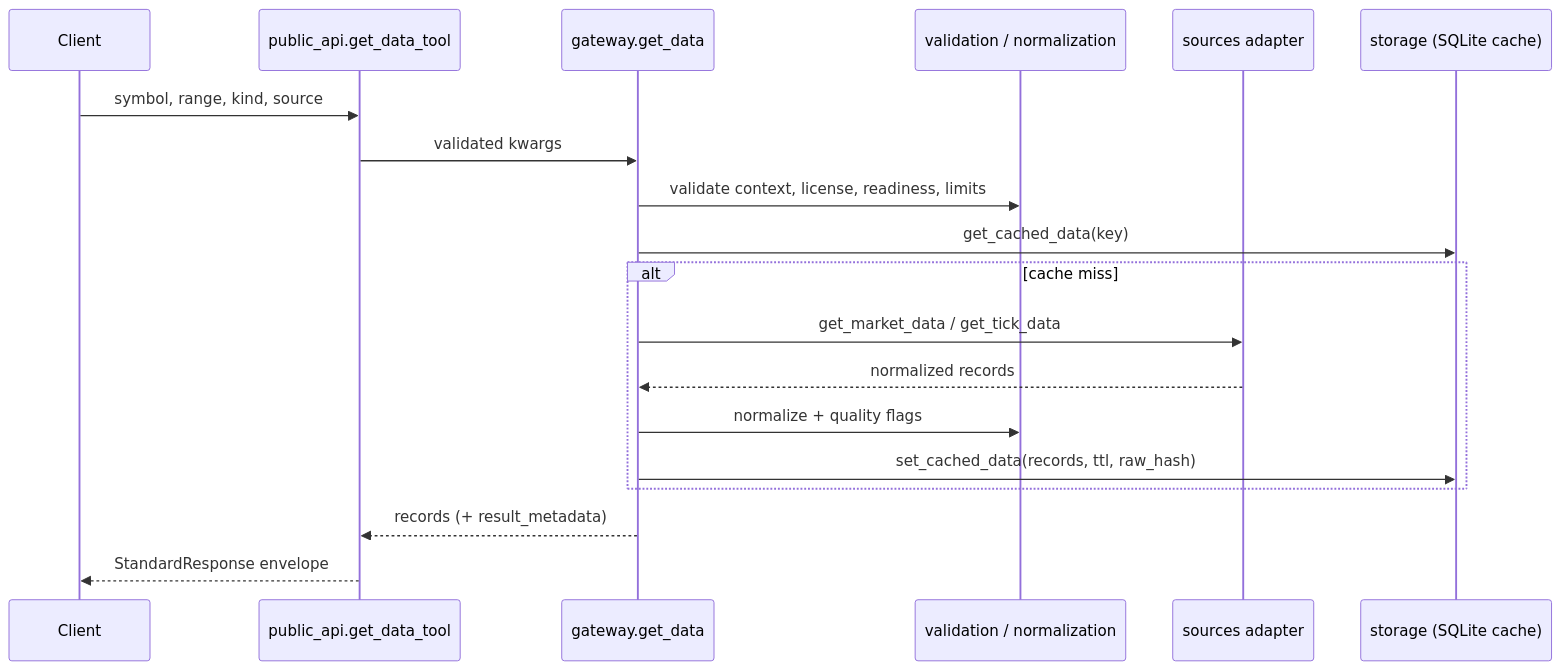
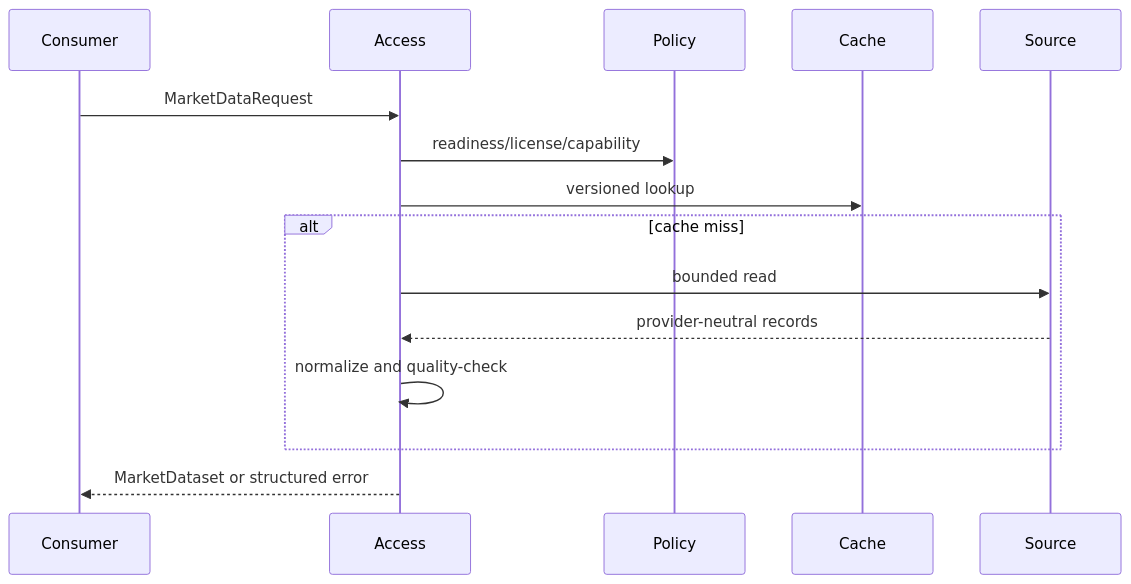
One commit to haruperi/HaruQuantAI changed the third of 3 diagrams in app/services/data/README.md. Above: the diagram before and after it, drawn with Mermaid. The commit also changed other lines of this file and 83 other files, not shown here.

````diff
--- a/app/services/data/README.md
+++ b/app/services/data/README.md
@@ -436,22 +389,17 @@
 ```mermaid
 sequenceDiagram
-    participant Client
-    participant API as public_api.get_data_tool
-    participant Service as gateway.get_data
-    participant Domain as validation / normalization
-    participant Port as sources adapter
-    participant Store as storage (SQLite cache)
-
-    Client->>API: symbol, range, kind, source
-    API->>Service: validated kwargs
-    Service->>Domain: validate context, license, readiness, limits
-    Service->>Store: get_cached_data(key)
+    participant Consumer
+    participant Access
+    participant Policy
+    participant Cache
+    participant Source
+    Consumer->>Access: MarketDataRequest
+    Access->>Policy: readiness/license/capability
+    Access->>Cache: versioned lookup
     alt cache miss
-        Service->>Port: get_market_data / get_tick_data
-        Port-->>Service: normalized records
-        Service->>Domain: normalize + quality flags
-        Service->>Store: set_cached_data(records, ttl, raw_hash)
+        Access->>Source: bounded read
+        Source-->>Access: provider-neutral records
+        Access->>Access: normalize and quality-check
     end
-    Service-->>API: records (+ result_metadata)
-    API-->>Client: StandardResponse envelope
+    Access-->>Consumer: MarketDataset or structured error
 ```
````
